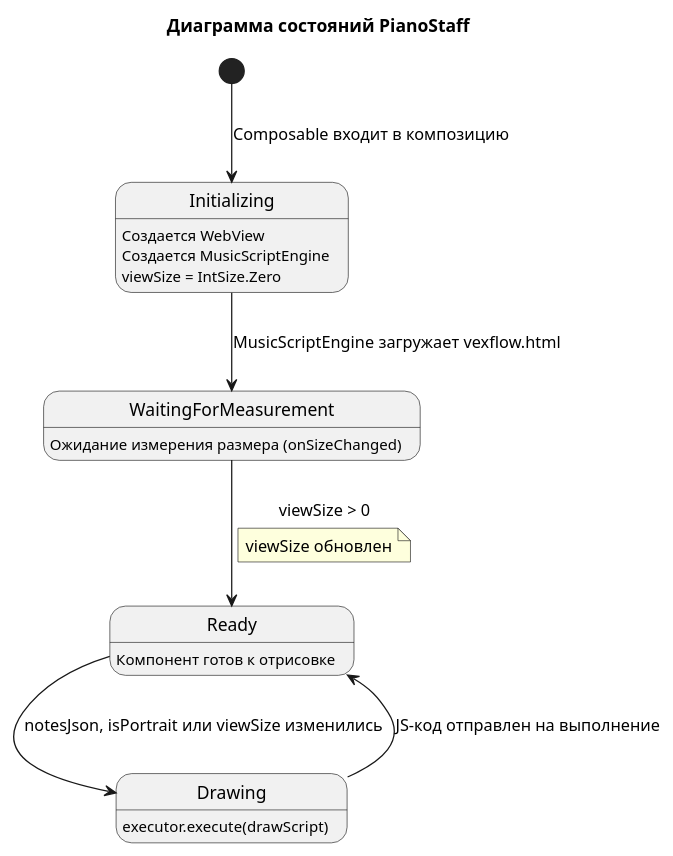
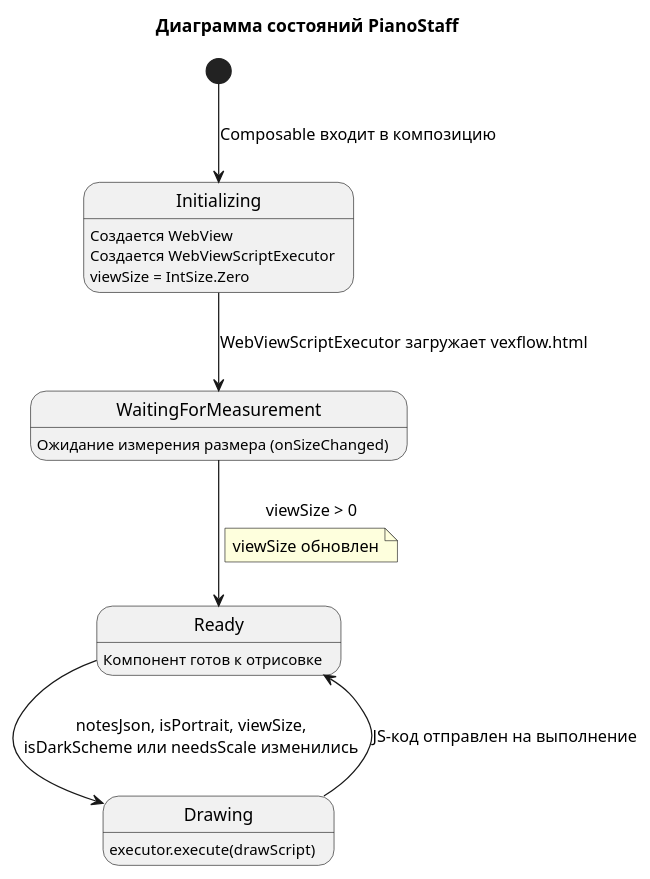
One commit to astrizhachuk/PianoFlow changed the ninth of 10 diagrams in docs/ru/specs/MIDI_MESSAGE_PROCESSING.md. Above: the diagram before and after it, drawn with PlantUML. The commit also changed other lines of this file and 30 other files, not shown here.

````diff
--- a/docs/ru/specs/MIDI_MESSAGE_PROCESSING.md
+++ b/docs/ru/specs/MIDI_MESSAGE_PROCESSING.md
@@ -501,31 +490,31 @@
 ```plantuml
 @startuml
 title Диаграмма состояний PianoStaff
 
 [*] --> Initializing : Composable входит в композицию
 
 state Initializing
 Initializing : Создается WebView
-Initializing : Создается MusicScriptEngine
+Initializing : Создается WebViewScriptExecutor
 Initializing : viewSize = IntSize.Zero
 
-Initializing --> WaitingForMeasurement : MusicScriptEngine загружает vexflow.html
+Initializing --> WaitingForMeasurement : WebViewScriptExecutor загружает vexflow.html
 
 state WaitingForMeasurement
 WaitingForMeasurement : Ожидание измерения размера (onSizeChanged)
 
 WaitingForMeasurement --> Ready : viewSize > 0
 note on link
   viewSize обновлен
 end note
 
 state Ready
 Ready : Компонент готов к отрисовке
 
 state Drawing
 Drawing : executor.execute(drawScript)
 
-Ready --> Drawing : notesJson, isPortrait или viewSize изменились
+Ready --> Drawing : notesJson, isPortrait, viewSize,\nisDarkScheme или needsScale изменились
 Drawing --> Ready : JS-код отправлен на выполнение
 @enduml
 ```
````
